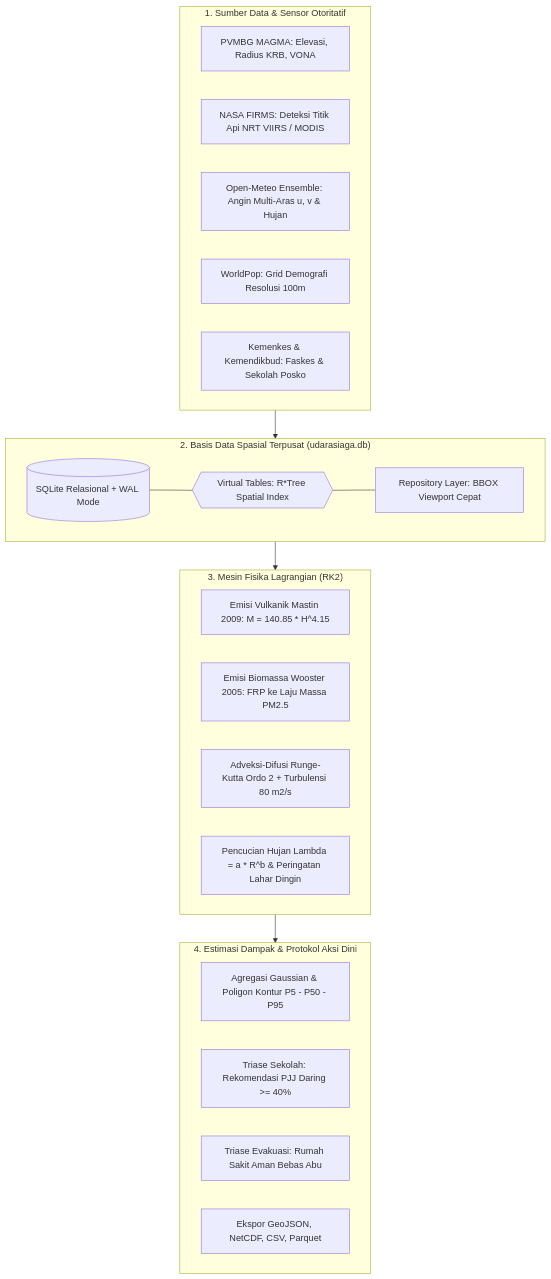
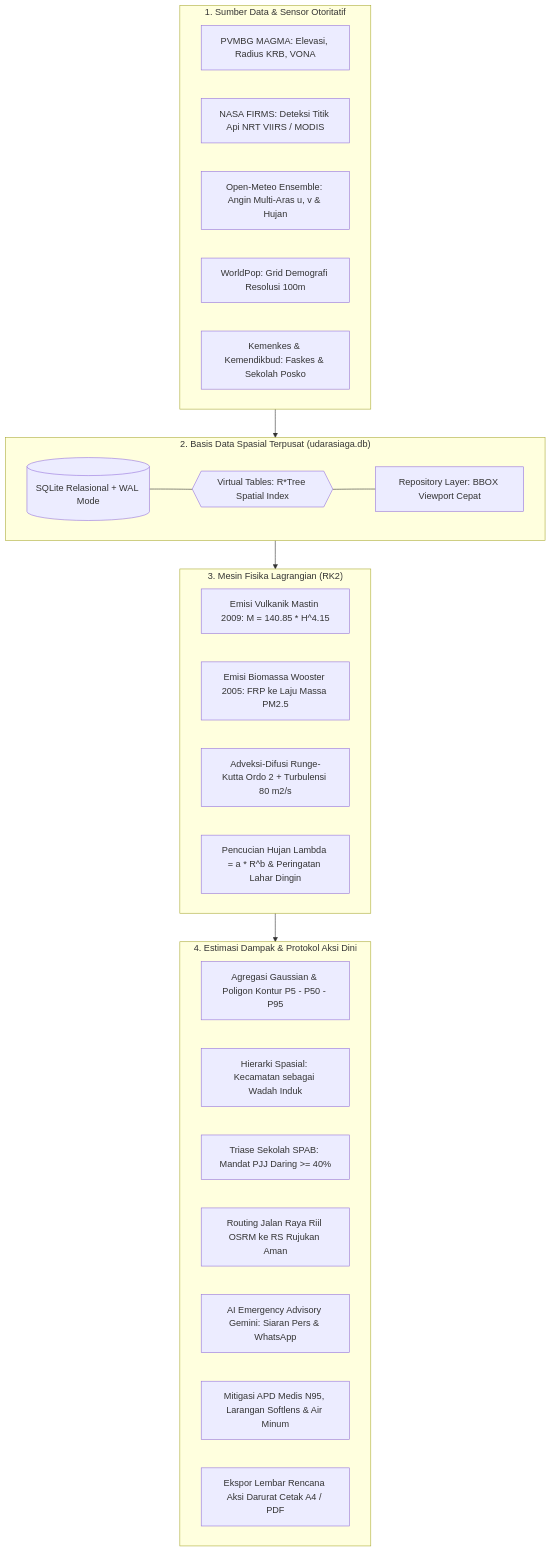
Before and after one commit to nyarikerja/JOINTS2026: the first of 2 diagrams in backend/README.md, drawn with Mermaid. The commit also changed other lines of this file and 5 other files, not shown here.

````diff
--- a/backend/README.md
+++ b/backend/README.md
@@ -12,35 +12,38 @@
 ```mermaid
 graph TD
     subgraph Ingest["1. Sumber Data & Sensor Otoritatif"]
         A1[PVMBG MAGMA: Elevasi, Radius KRB, VONA]
         A2[NASA FIRMS: Deteksi Titik Api NRT VIIRS / MODIS]
         A3[Open-Meteo Ensemble: Angin Multi-Aras u, v & Hujan]
         A4[WorldPop: Grid Demografi Resolusi 100m]
         A5[Kemenkes & Kemendikbud: Faskes & Sekolah Posko]
     end
 
     subgraph Storage["2. Basis Data Spasial Terpusat (udarasiaga.db)"]
         B1[(SQLite Relasional + WAL Mode)]
         B2{{Virtual Tables: R*Tree Spatial Index}}
         B3[Repository Layer: BBOX Viewport Cepat]
         B1 --- B2 --- B3
     end
 
     subgraph Physics["3. Mesin Fisika Lagrangian (RK2)"]
         C1[Emisi Vulkanik Mastin 2009: M = 140.85 * H^4.15]
         C2[Emisi Biomassa Wooster 2005: FRP ke Laju Massa PM2.5]
         C3[Adveksi-Difusi Runge-Kutta Ordo 2 + Turbulensi 80 m2/s]
         C4[Pencucian Hujan Lambda = a * R^b & Peringatan Lahar Dingin]
     end
 
     subgraph Impact["4. Estimasi Dampak & Protokol Aksi Dini"]
         D1[Agregasi Gaussian & Poligon Kontur P5 - P50 - P95]
-        D2[Triase Sekolah: Rekomendasi PJJ Daring >= 40%]
-        D3[Triase Evakuasi: Rumah Sakit Aman Bebas Abu]
-        D4[Ekspor GeoJSON, NetCDF, CSV, Parquet]
+        D2[Hierarki Spasial: Kecamatan sebagai Wadah Induk]
+        D3[Triase Sekolah SPAB: Mandat PJJ Daring >= 40%]
+        D4[Routing Jalan Raya Riil OSRM ke RS Rujukan Aman]
+        D5[AI Emergency Advisory Gemini: Siaran Pers & WhatsApp]
+        D6[Mitigasi APD Medis N95, Larangan Softlens & Air Minum]
+        D7[Ekspor Lembar Rencana Aksi Darurat Cetak A4 / PDF]
     end
 
     Ingest --> Storage
     Storage --> Physics
     Physics --> Impact
 ```
````
